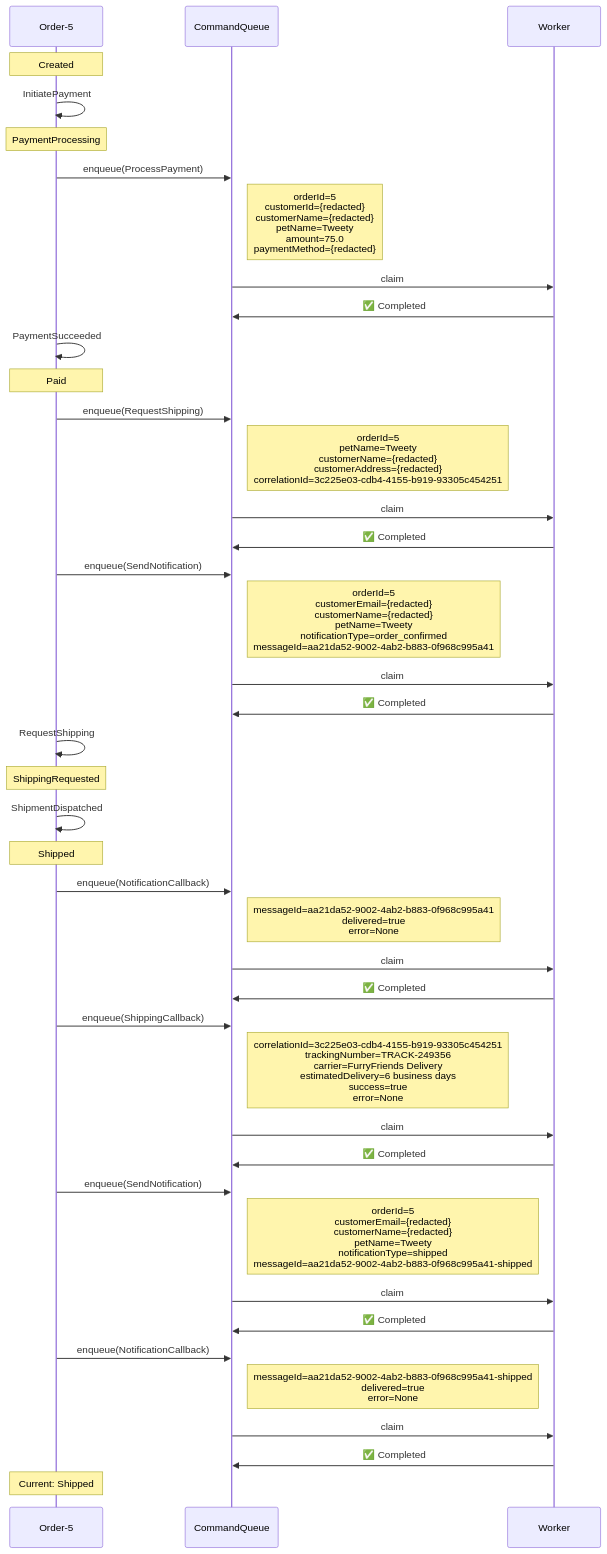
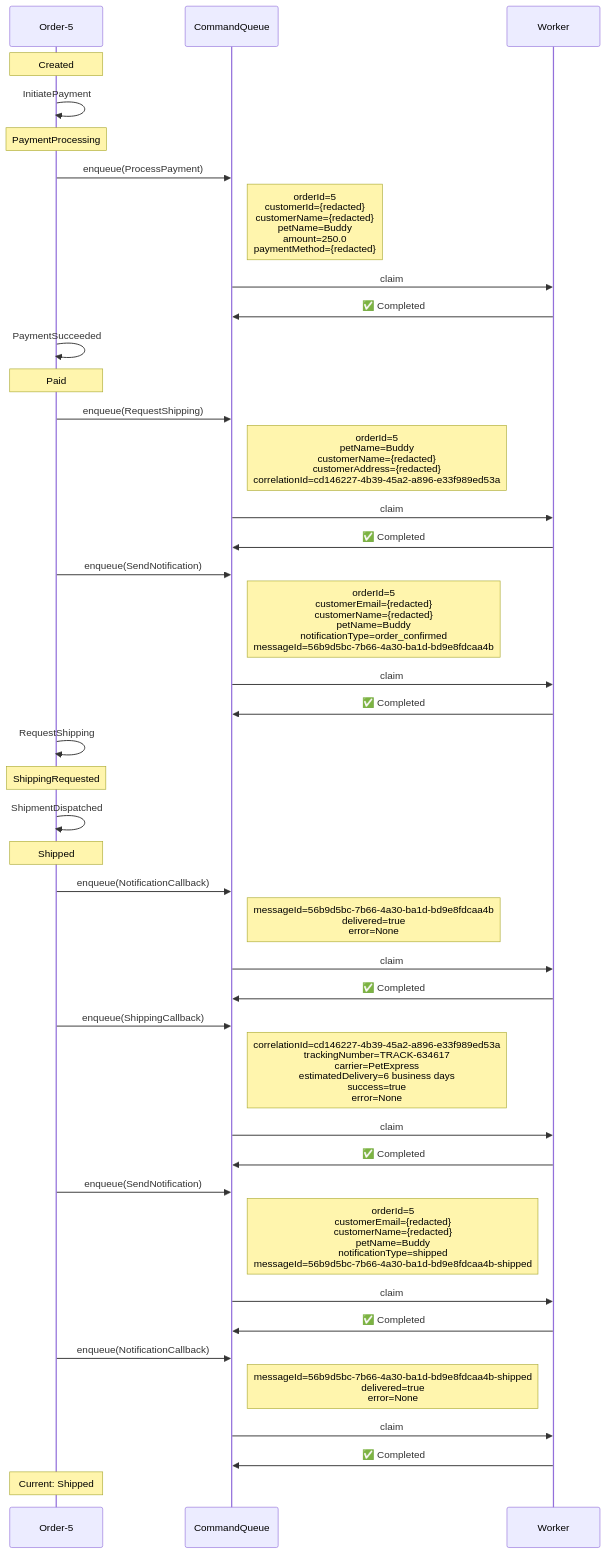
The first of 3 diagrams in docs/visualizations/order-5-trace.md (Iterable/mechanoid), drawn with Mermaid before and after one commit. The commit also changed 6 other files, not shown here.

````diff
--- a/docs/visualizations/order-5-trace.md
+++ b/docs/visualizations/order-5-trace.md
@@ -11,45 +11,46 @@
 ```mermaid
+%%{init: {'themeCSS': '.noteText { text-align: left !important; }'}}%%
 sequenceDiagram
     participant FSM as Order-5
     participant CQ as CommandQueue
     participant W as Worker
 
     Note over FSM: Created
     FSM->>FSM: InitiatePayment
     Note over FSM: PaymentProcessing
     FSM->>CQ: enqueue(ProcessPayment)
-    Note right of CQ: orderId=5<br/>customerId={redacted}<br/>customerName={redacted}<br/>petName=Tweety<br/>amount=75.0<br/>paymentMethod={redacted}
+    Note right of CQ: orderId=5<br/>customerId={redacted}<br/>customerName={redacted}<br/>petName=Buddy<br/>amount=250.0<br/>paymentMethod={redacted}
     CQ->>W: claim
     W->>CQ: ✅ Completed
     FSM->>FSM: PaymentSucceeded
     Note over FSM: Paid
     FSM->>CQ: enqueue(RequestShipping)
-    Note right of CQ: orderId=5<br/>petName=Tweety<br/>customerName={redacted}<br/>customerAddress={redacted}<br/>correlationId=3c225e03-cdb4-4155-b919-93305c454251
+    Note right of CQ: orderId=5<br/>petName=Buddy<br/>customerName={redacted}<br/>customerAddress={redacted}<br/>correlationId=cd146227-4b39-45a2-a896-e33f989ed53a
     CQ->>W: claim
     W->>CQ: ✅ Completed
     FSM->>CQ: enqueue(SendNotification)
-    Note right of CQ: orderId=5<br/>customerEmail={redacted}<br/>customerName={redacted}<br/>petName=Tweety<br/>notificationType=order_confirmed<br/>messageId=aa21da52-9002-4ab2-b883-0f968c995a41
+    Note right of CQ: orderId=5<br/>customerEmail={redacted}<br/>customerName={redacted}<br/>petName=Buddy<br/>notificationType=order_confirmed<br/>messageId=56b9d5bc-7b66-4a30-ba1d-bd9e8fdcaa4b
     CQ->>W: claim
     W->>CQ: ✅ Completed
     FSM->>FSM: RequestShipping
     Note over FSM: ShippingRequested
     FSM->>FSM: ShipmentDispatched
     Note over FSM: Shipped
     FSM->>CQ: enqueue(NotificationCallback)
-    Note right of CQ: messageId=aa21da52-9002-4ab2-b883-0f968c995a41<br/>delivered=true<br/>error=None
+    Note right of CQ: messageId=56b9d5bc-7b66-4a30-ba1d-bd9e8fdcaa4b<br/>delivered=true<br/>error=None
     CQ->>W: claim
     W->>CQ: ✅ Completed
     FSM->>CQ: enqueue(ShippingCallback)
-    Note right of CQ: correlationId=3c225e03-cdb4-4155-b919-93305c454251<br/>trackingNumber=TRACK-249356<br/>carrier=FurryFriends Delivery<br/>estimatedDelivery=6 business days<br/>success=true<br/>error=None
+    Note right of CQ: correlationId=cd146227-4b39-45a2-a896-e33f989ed53a<br/>trackingNumber=TRACK-634617<br/>carrier=PetExpress<br/>estimatedDelivery=6 business days<br/>success=true<br/>error=None
     CQ->>W: claim
     W->>CQ: ✅ Completed
     FSM->>CQ: enqueue(SendNotification)
-    Note right of CQ: orderId=5<br/>customerEmail={redacted}<br/>customerName={redacted}<br/>petName=Tweety<br/>notificationType=shipped<br/>messageId=aa21da52-9002-4ab2-b883-0f968c995a41-shipped
+    Note right of CQ: orderId=5<br/>customerEmail={redacted}<br/>customerName={redacted}<br/>petName=Buddy<br/>notificationType=shipped<br/>messageId=56b9d5bc-7b66-4a30-ba1d-bd9e8fdcaa4b-shipped
     CQ->>W: claim
     W->>CQ: ✅ Completed
     FSM->>CQ: enqueue(NotificationCallback)
-    Note right of CQ: messageId=aa21da52-9002-4ab2-b883-0f968c995a41-shipped<br/>delivered=true<br/>error=None
+    Note right of CQ: messageId=56b9d5bc-7b66-4a30-ba1d-bd9e8fdcaa4b-shipped<br/>delivered=true<br/>error=None
     CQ->>W: claim
     W->>CQ: ✅ Completed
     Note over FSM: Current: Shipped
 ```
````
